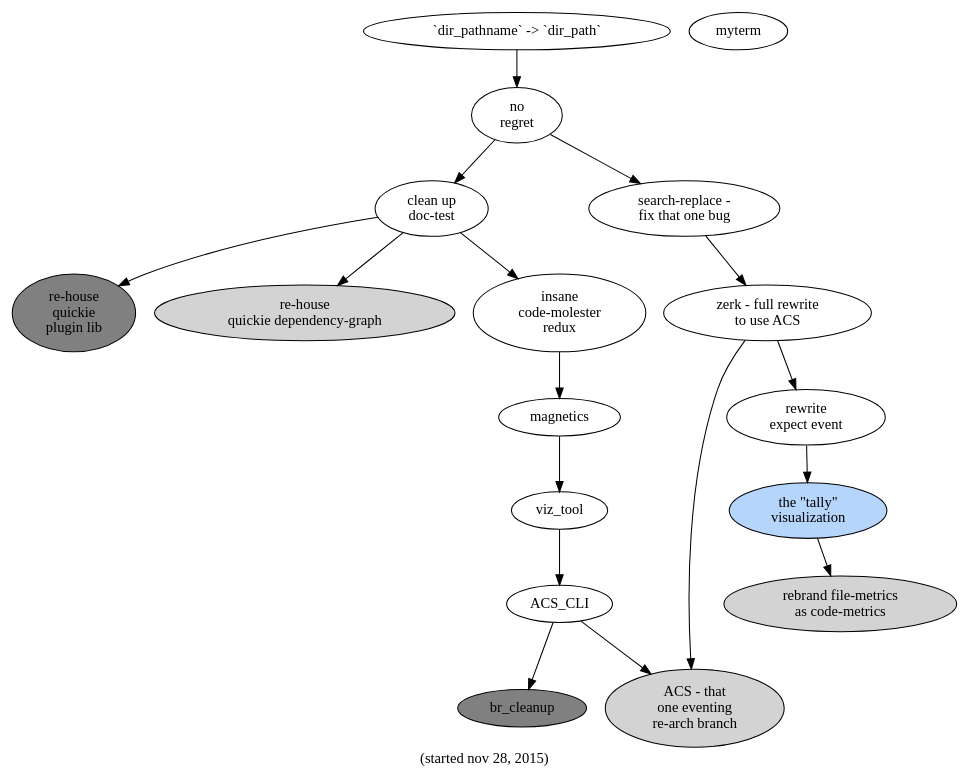
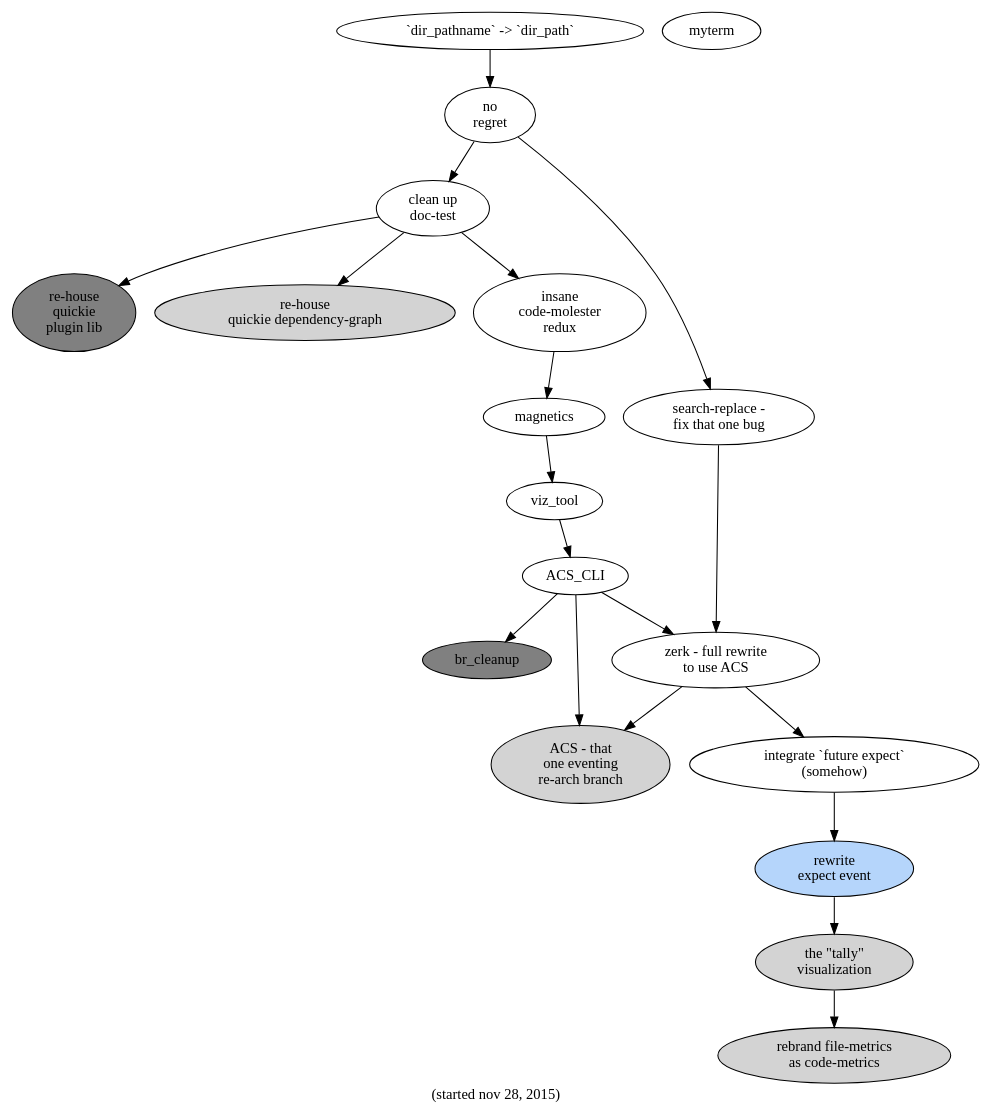
Before and after one commit to hipe/tmx: the diagram in slicer/doc/the-big-pictures-of-now/04-no-regret.dot, drawn with Graphviz. The commit also changed 147 other files, not shown here.

First line of the commit message:
([ca]<-[*] 2/3: rewrite expect event, lots of integ.. (.. 2771))

```diff
--- a/slicer/doc/the-big-pictures-of-now/04-no-regret.dot
+++ b/slicer/doc/the-big-pictures-of-now/04-no-regret.dot
@@ -1,42 +1,45 @@
 digraph g {
 
   /* color for active thing: #b5d5fb */
 
   label="(started nov 28, 2015)"
 
   clean_up_doctest -> re_house_xx
   re_house_xx [label="re-house\nquickie\nplugin lib" fillcolor="gray" style="filled"]
   clean_up_doctest [label="clean up\ndoc-test" ]
   clean_up_doctest -> re_house_yy
   re_house_yy [label="re-house\nquickie dependency-graph" style="filled"]
   clean_up_doctest->insane_CM_redux
   insane_CM_redux [label="insane\ncode-molester\nredux"]
 
   insane_CM_redux->mag
   mag [label="magnetics" ]
   mag -> viz_tool
 
   viz_tool -> ACS_CLI
   ACS_CLI -> br_cleanup
   ACS_CLI -> acs
+  ACS_CLI -> zerk
   br_cleanup [style=filled fillcolor="grey"]
 
   no_regret -> sea
   no_regret -> clean_up_doctest
 
   myterm
   dpn->no_regret
   dpn [label="`dir_pathname` -> `dir_path`"]
   sea [label="search-replace -\nfix that one bug"]
   sea->zerk
   zerk [label="zerk - full rewrite\nto use ACS"]
-  zerk->expect_event
-  expect_event [label="rewrite\nexpect event"]
+  zerk->futex
+  futex [label="integrate `future expect`\n(somehow)"]
+  futex->expect_event
+  expect_event [label="rewrite\nexpect event" style=filled fillcolor="#b5d5fb"]
   expect_event -> tally
-  tally [label="the \"tally\"\nvisualization" style=filled fillcolor="#b5d5fb"]
+  tally [label="the \"tally\"\nvisualization" style=filled]
   tally -> rfm
   rfm [label="rebrand file-metrics\nas code-metrics" style=filled]
   zerk->acs
   acs [label="ACS - that\none eventing\nre-arch branch" style=filled]
   no_regret [label="no\nregret"]
 }
```
